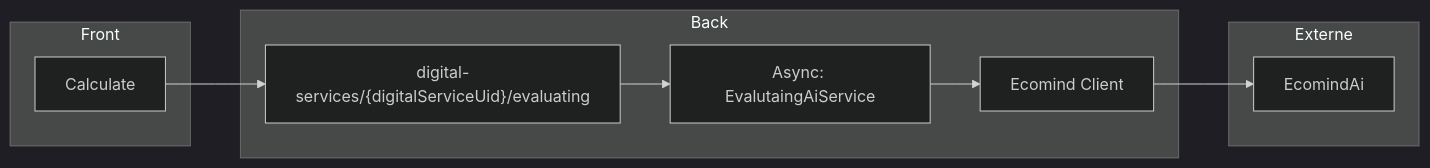
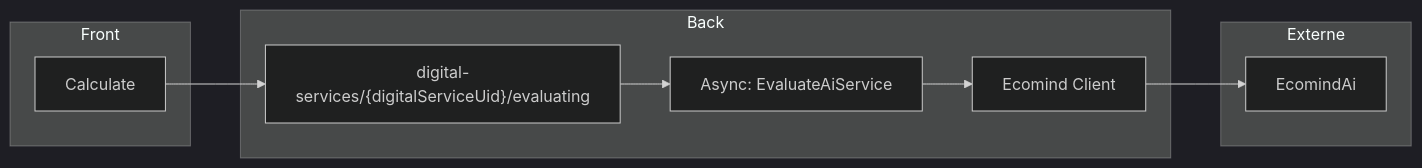
One commit to teamg4it/g4it changed the second of 3 diagrams in services/documentation/content/3-technical-documentation/6-ecomind/architecture/_index.md. Above: the diagram before and after it, drawn with Mermaid (dark theme). The commit also changed 1 other file, not shown here.

````diff
--- a/services/documentation/content/3-technical-documentation/6-ecomind/architecture/_index.md
+++ b/services/documentation/content/3-technical-documentation/6-ecomind/architecture/_index.md
@@ -41,21 +41,21 @@
 ```mermaid
 flowchart LR
     subgraph Front
         A["Calculate"]
     end
 
     subgraph Back
         A1["digital-services/{digitalServiceUid}/evaluating"]
-        A2["Async: EvalutaingAiService"]
+        A2["Async: EvaluateAiService"]
         A3["Ecomind Client"]
     end
 
     subgraph Externe
         B11["EcomindAi"]
     end
 
     A --> A1
     A1 --> A2
     A2 --> A3
     A3 --> B11
 ```
````
